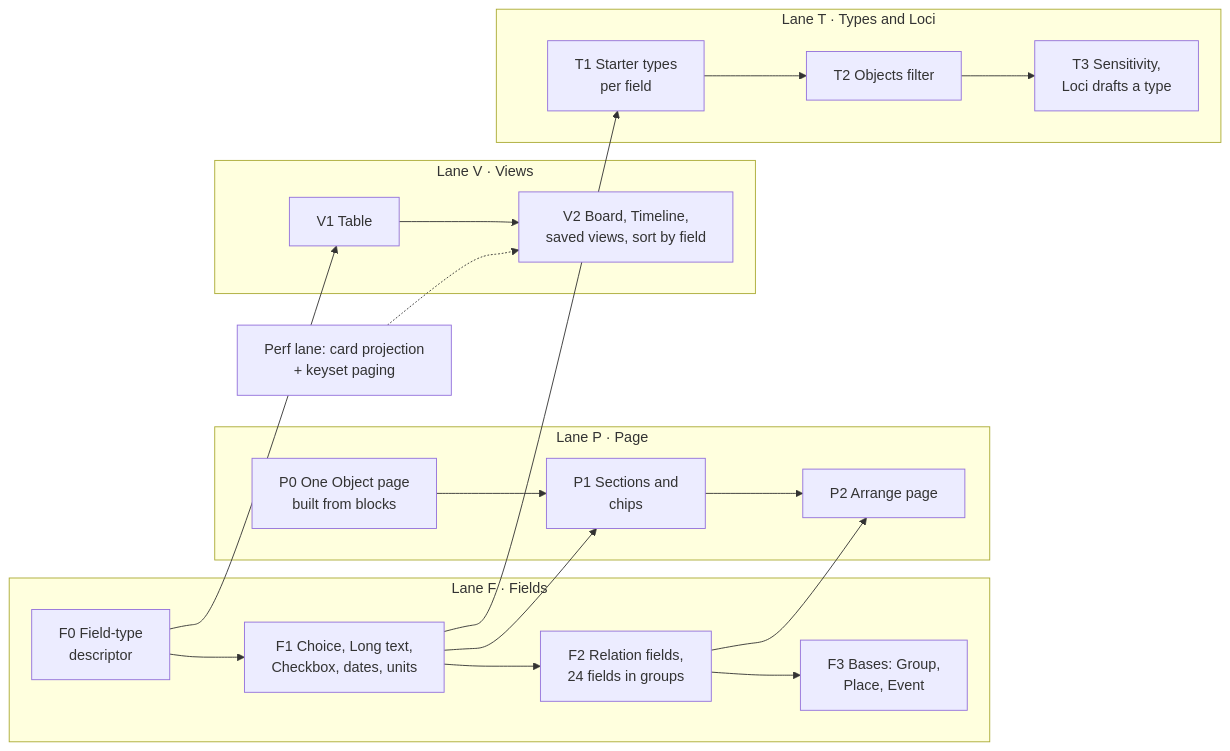
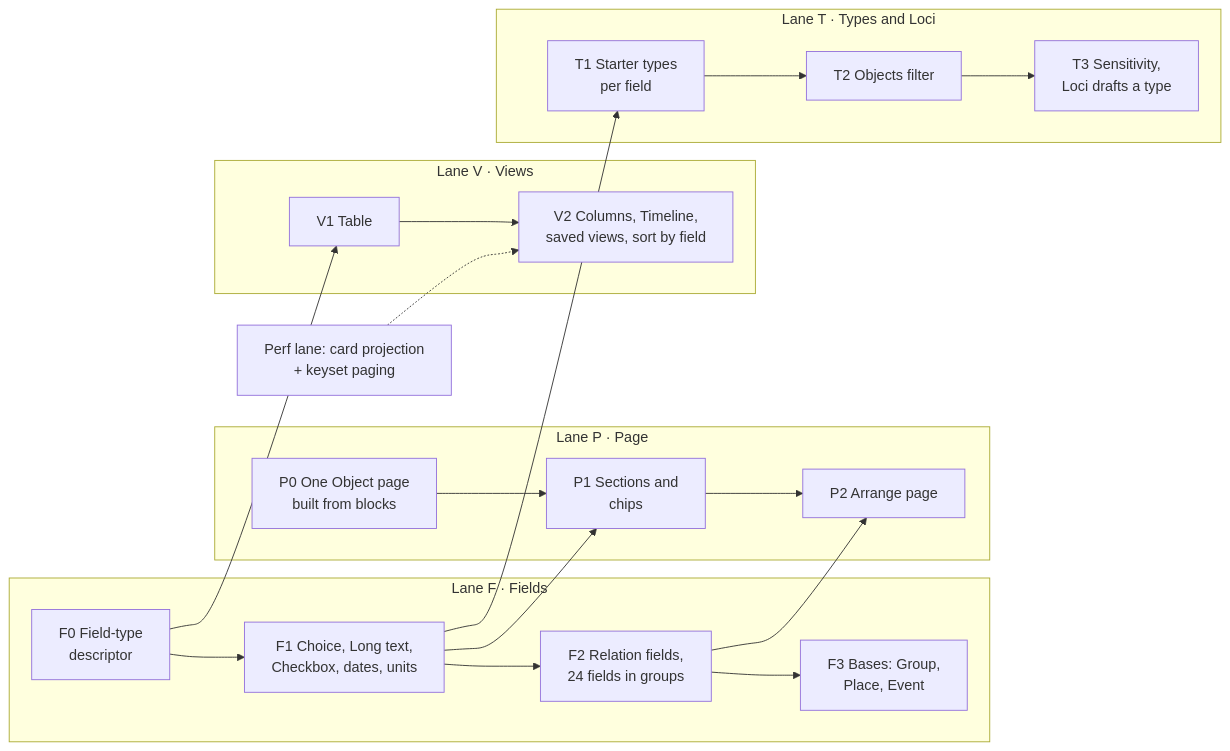
One commit to ahmedste/Studiolo_Manage changed the diagram in docs/superpowers/specs/2026-10-25-objects-build-phases.md. Above: the diagram before and after it, drawn with Mermaid. The commit also changed other lines of this file and 11 other files, not shown here.

````diff
--- a/docs/superpowers/specs/2026-10-25-objects-build-phases.md
+++ b/docs/superpowers/specs/2026-10-25-objects-build-phases.md
@@ -18,20 +19,20 @@
 ```mermaid
 flowchart LR
   subgraph F["Lane F · Fields"]
     F0["F0 Field-type<br/>descriptor"] --> F1["F1 Choice, Long text,<br/>Checkbox, dates, units"] --> F2["F2 Relation fields,<br/>24 fields in groups"] --> F3["F3 Bases: Group,<br/>Place, Event"]
   end
   subgraph P["Lane P · Page"]
     P0["P0 One Object page<br/>built from blocks"] --> P1["P1 Sections and<br/>chips"] --> P2["P2 Arrange page"]
   end
   subgraph V["Lane V · Views"]
-    V1["V1 Table"] --> V2["V2 Board, Timeline,<br/>saved views, sort by field"]
+    V1["V1 Table"] --> V2["V2 Columns, Timeline,<br/>saved views, sort by field"]
   end
   subgraph T["Lane T · Types and Loci"]
     T1["T1 Starter types<br/>per field"] --> T2["T2 Objects filter"] --> T3["T3 Sensitivity,<br/>Loci drafts a type"]
   end
   F0 --> V1
   F1 --> P1
   F1 --> T1
   F2 --> P2
   PERF["Perf lane: card projection<br/>+ keyset paging"] -.-> V2
 ```
````
